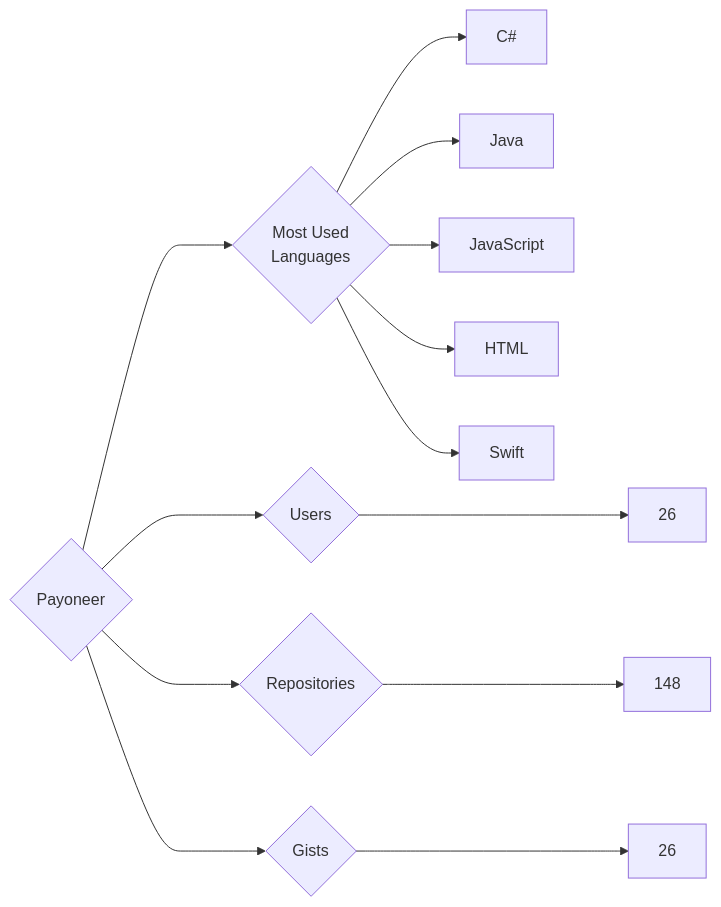
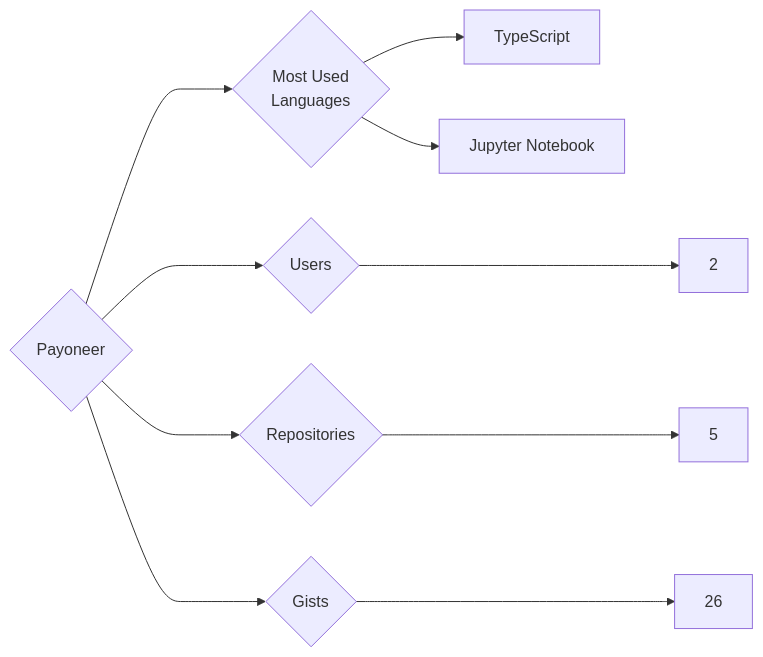
The diagram in targets/Payoneer/README.md (trickest/insiders), drawn with Mermaid before and after one commit. The commit also changed 953 other files, not shown here.

````diff
--- a/targets/Payoneer/README.md
+++ b/targets/Payoneer/README.md
@@ -3,13 +3,10 @@
 ```mermaid
 graph LR
 COMPANY_NAME{Payoneer}
-COMPANY_NAME ---> U{Users} ---> UN[26]
-COMPANY_NAME ---> R{Repositories} ---> RN[148]
+COMPANY_NAME ---> U{Users} ---> UN[2]
+COMPANY_NAME ---> R{Repositories} ---> RN[5]
 COMPANY_NAME ---> G{Gists} ---> GN[26]
 COMPANY_NAME ---> ML{Most Used<br>Languages}
-ML --> C#[C#]
-ML --> Java[Java]
-ML --> JavaScript[JavaScript]
-ML --> HTML[HTML]
-ML --> Swift[Swift]
+ML --> TypeScript[TypeScript]
+ML --> Jupyter_Notebook[Jupyter Notebook]
 ```
````
